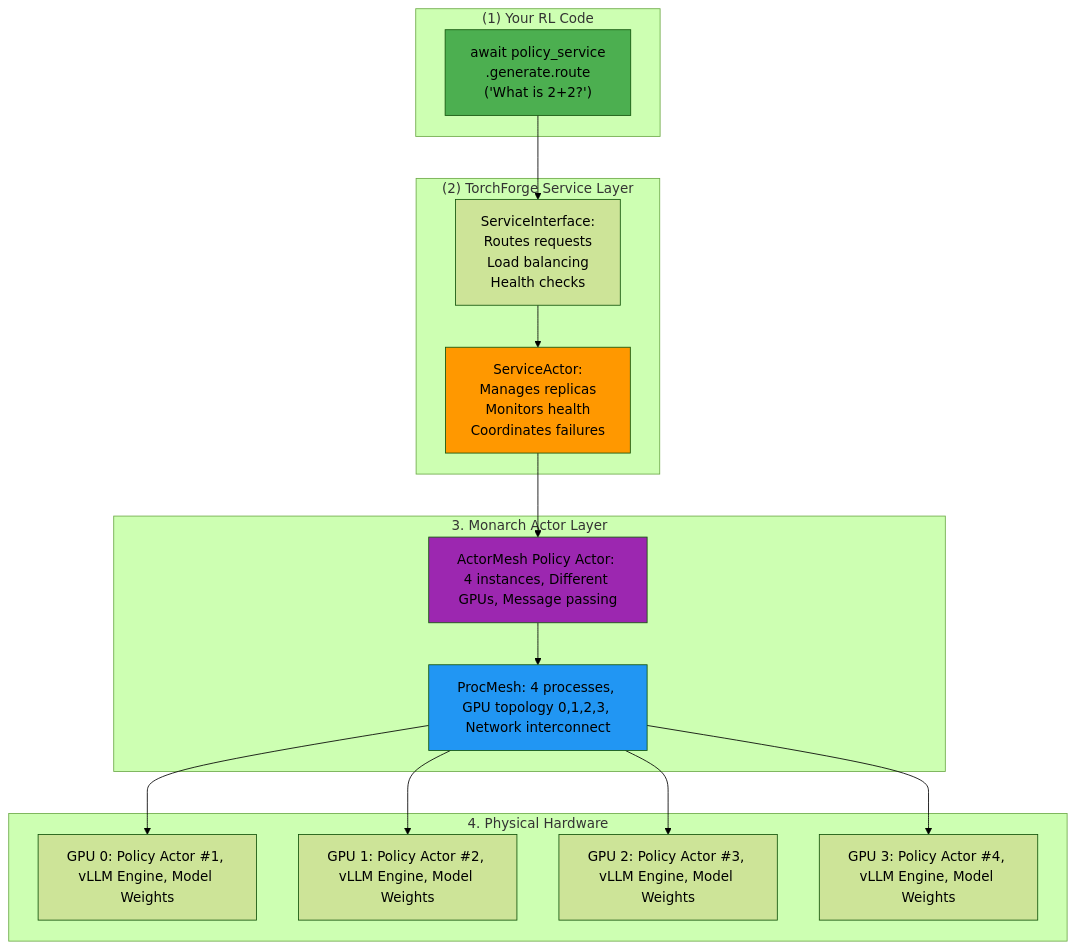
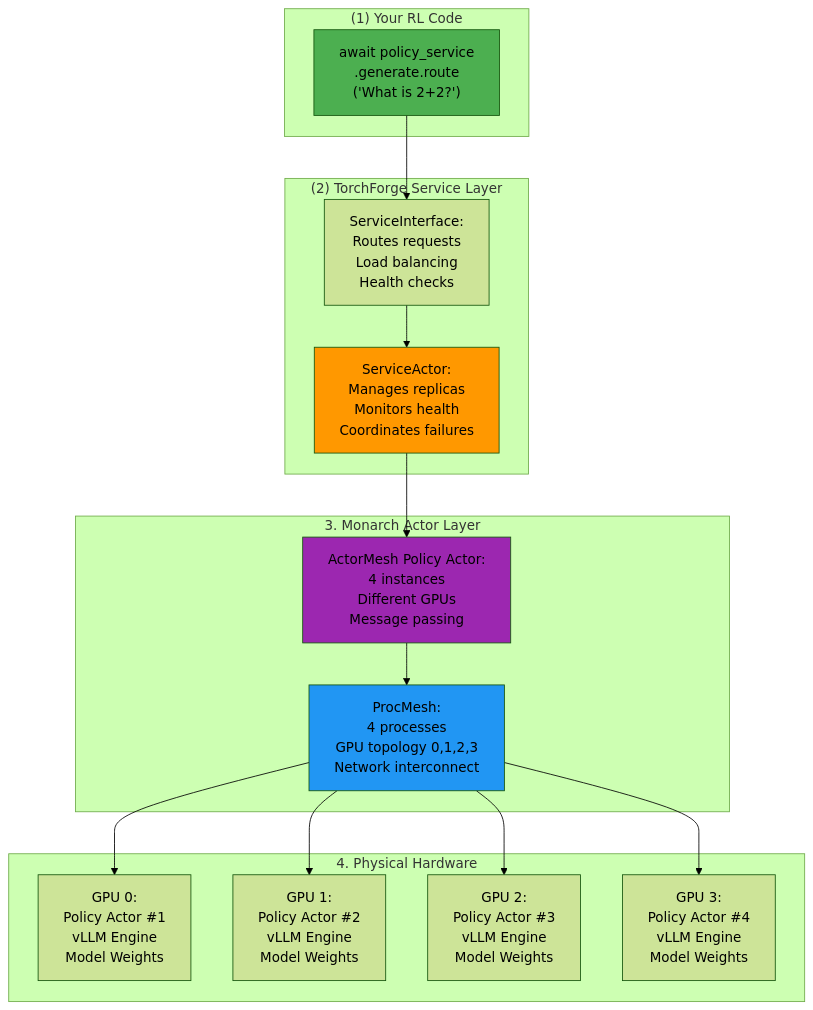
One commit to meta-pytorch/torchforge changed the first of 4 diagrams in docs/source/tutorial_sources/zero-to-forge/3_Monarch_101.md. Above: the diagram before and after it, drawn with Mermaid (forest theme). The commit also changed other lines of this file and 1 other file, not shown here.

````diff
--- a/docs/source/tutorial_sources/zero-to-forge/3_Monarch_101.md
+++ b/docs/source/tutorial_sources/zero-to-forge/3_Monarch_101.md
@@ -9,45 +9,63 @@
 ```mermaid
 graph TD
     subgraph YourCode["(1) Your RL Code"]
-        Call["`await policy_service
+        Call["await policy_service
         .generate.route
-        ('What is 2+2?')`"]
+        ('What is 2+2?')"]
     end
 
     subgraph ForgeServices["(2) TorchForge Service Layer"]
-        ServiceInterface["`ServiceInterface:
+        ServiceInterface["ServiceInterface:
         Routes requests
         Load balancing
-        Health checks`"]
-        ServiceActor["`ServiceActor:
+        Health checks"]
+        ServiceActor["ServiceActor:
         Manages replicas
         Monitors health
-        Coordinates failures`"]
+        Coordinates failures"]
     end
 
     subgraph MonarchLayer["3. Monarch Actor Layer"]
-        ActorMesh["ActorMesh Policy Actor: 4 instances, Different GPUs, Message passing"]
-        ProcMesh["ProcMesh: 4 processes, GPU topology 0,1,2,3, Network interconnect"]
+        ActorMesh["ActorMesh Policy Actor:
+        4 instances
+        Different GPUs
+        Message passing"]
+        ProcMesh["ProcMesh:
+        4 processes
+        GPU topology 0,1,2,3
+        Network interconnect"]
     end
 
     subgraph Hardware["4. Physical Hardware"]
-        GPU0["GPU 0: Policy Actor #1, vLLM Engine, Model Weights"]
-        GPU1["GPU 1: Policy Actor #2, vLLM Engine, Model Weights"]
-        GPU2["GPU 2: Policy Actor #3, vLLM Engine, Model Weights"]
-        GPU3["GPU 3: Policy Actor #4, vLLM Engine, Model Weights"]
+        GPU0["GPU 0:
+        Policy Actor #1
+        vLLM Engine
+        Model Weights"]
+        GPU1["GPU 1:
+        Policy Actor #2
+        vLLM Engine
+        Model Weights"]
+        GPU2["GPU 2:
+        Policy Actor #3
+        vLLM Engine
+        Model Weights"]
+        GPU3["GPU 3:
+        Policy Actor #4
+        vLLM Engine
+        Model Weights"]
     end
 
     Call --> ServiceInterface
     ServiceInterface --> ServiceActor
     ServiceActor --> ActorMesh
     ActorMesh --> ProcMesh
     ProcMesh --> GPU0
     ProcMesh --> GPU1
     ProcMesh --> GPU2
     ProcMesh --> GPU3
 
     style Call fill:#4CAF50
     style ServiceActor fill:#FF9800
     style ActorMesh fill:#9C27B0
     style ProcMesh fill:#2196F3
 ```
````
